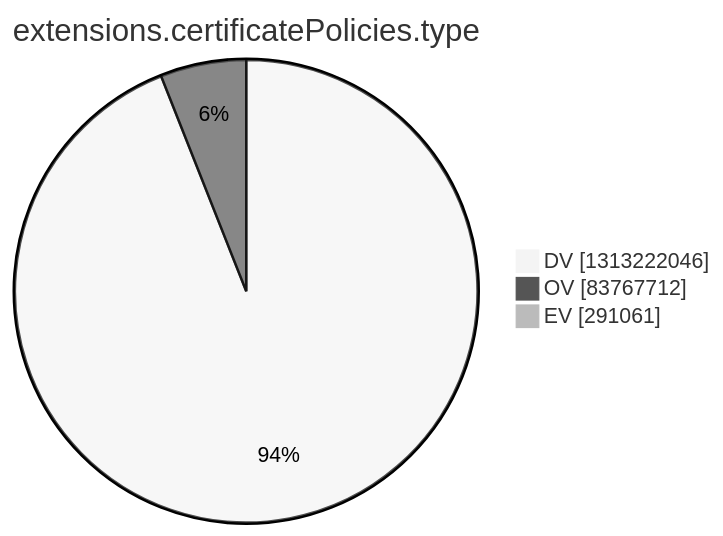
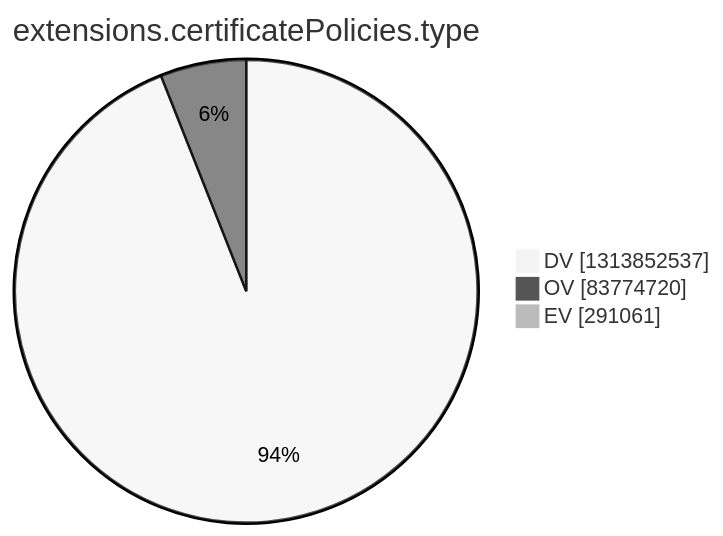
One commit to christiankrug/ctmonitor_visualization changed the tenth of 15 diagrams in argon2022/README.md. Above: the diagram before and after it, drawn with Mermaid (neutral theme). The commit also changed other lines of this file, not shown here.

````diff
--- a/argon2022/README.md
+++ b/argon2022/README.md
@@ -2772,7 +2772,7 @@
 ```mermaid
 pie showData
 title extensions.certificatePolicies.type
-"DV" :1313222046
-"OV" :83767712
+"DV" :1313852537
+"OV" :83774720
 "EV" :291061
 ```
````
